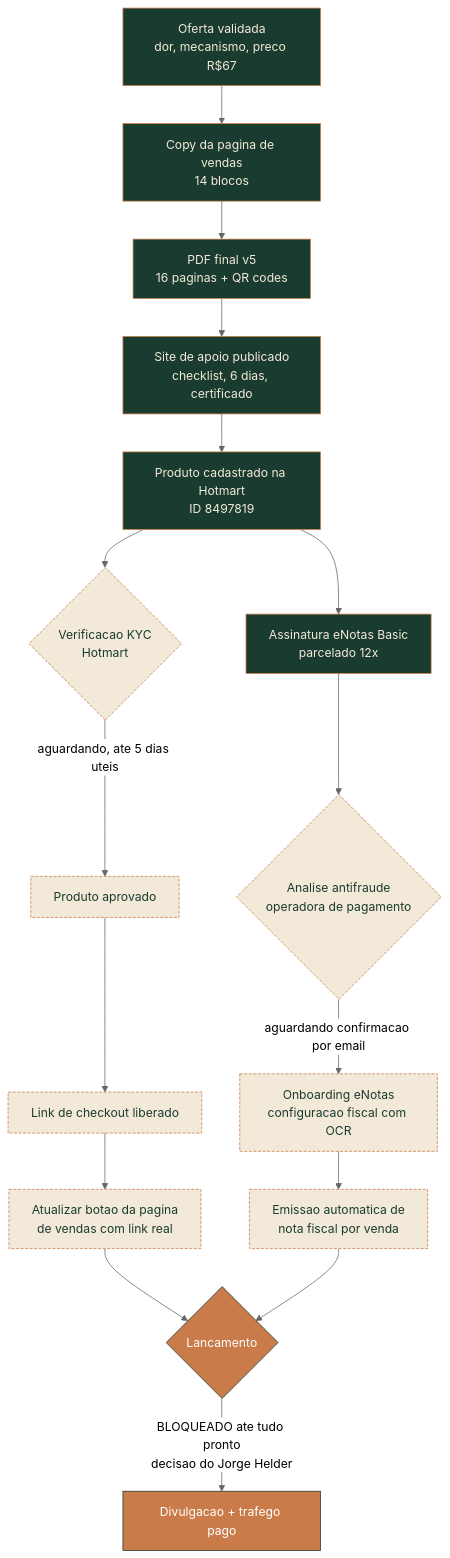
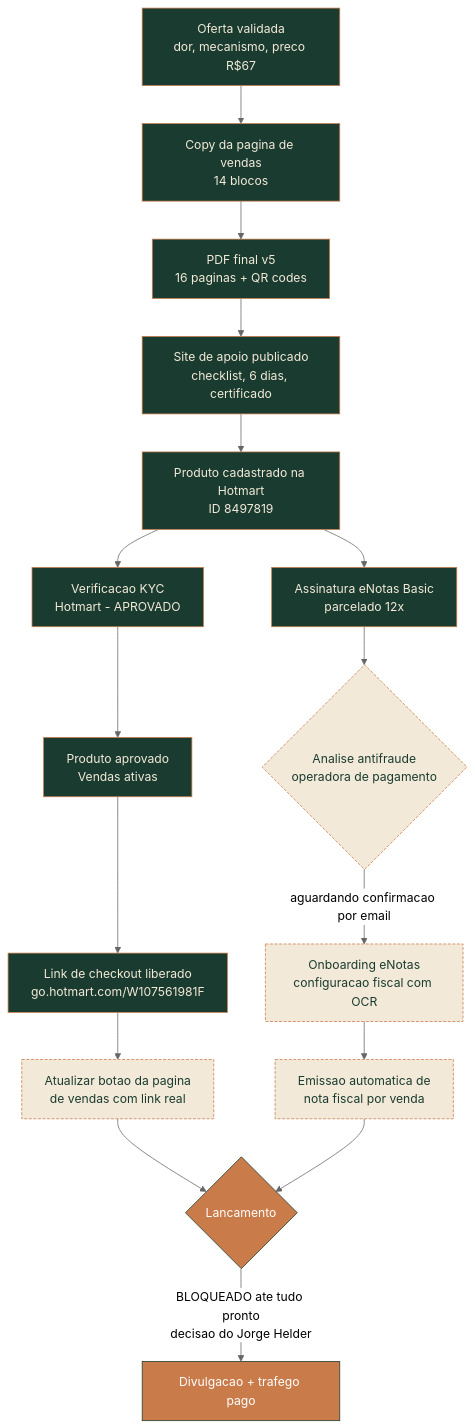
The diagram in business/produtos/mapa-do-hoje/fluxo-e-pendencias.md (jhelderconsultoria-ai/ola-experience), drawn with Mermaid (neutral theme) before and after one commit. The commit also changed other lines of this file and 1 other file, not shown here.

Commit message:
progresso: Mapa do Hoje aprovado no KYC da Hotmart, link de checkout liberado
Verificado direto no painel Hotmart via Claude in Chrome: produto com selo
"Vendas ativas", link go.hotmart.com/W107561981F liberado. Falta so a
automacao do eNotas (antifraude da operadora, fora do Hotmart) e atualizar
o botao da pagina de vendas com o link real. Lancamento continua bloqueado
ate decisao do Jorge Helder.

Claude-Session: https://claude.ai/code/session_011S4apZY7okRZX5c3Vw5i83

````diff
--- a/business/produtos/mapa-do-hoje/fluxo-e-pendencias.md
+++ b/business/produtos/mapa-do-hoje/fluxo-e-pendencias.md
@@ -10,26 +10,26 @@
 ```mermaid
 flowchart TD
     A[Oferta validada<br/>dor, mecanismo, preco R$67] --> B[Copy da pagina de vendas<br/>14 blocos]
     B --> C[PDF final v5<br/>16 paginas + QR codes]
     C --> D[Site de apoio publicado<br/>checklist, 6 dias, certificado]
     D --> E[Produto cadastrado na Hotmart<br/>ID 8497819]
-    E --> F{Verificacao KYC<br/>Hotmart}
-    F -->|aguardando, ate 5 dias uteis| G[Produto aprovado]
+    E --> F[Verificacao KYC<br/>Hotmart - APROVADO]
+    F --> G[Produto aprovado<br/>Vendas ativas]
     E --> H[Assinatura eNotas Basic<br/>parcelado 12x]
     H --> I{Analise antifraude<br/>operadora de pagamento}
     I -->|aguardando confirmacao por email| J[Onboarding eNotas<br/>configuracao fiscal com OCR]
-    G --> K[Link de checkout liberado]
+    G --> K[Link de checkout liberado<br/>go.hotmart.com/W107561981F]
     K --> L[Atualizar botao da pagina<br/>de vendas com link real]
     J --> M[Emissao automatica de<br/>nota fiscal por venda]
     L --> N{Lancamento}
     M --> N
     N -->|BLOQUEADO ate tudo pronto<br/>decisao do Jorge Helder| O[Divulgacao + trafego pago]
 
     classDef done fill:#1A3C30,color:#F3E9D8,stroke:#C97B4A;
     classDef pending fill:#F3E9D8,color:#1A3C30,stroke:#C97B4A,stroke-dasharray: 4 2;
     classDef blocked fill:#C97B4A,color:#fff,stroke:#1A3C30;
 
-    class A,B,C,D,E,H done;
-    class F,G,I,J,K,L,M pending;
+    class A,B,C,D,E,H,F,G,K done;
+    class I,J,L,M pending;
     class N,O blocked;
 ```
````
